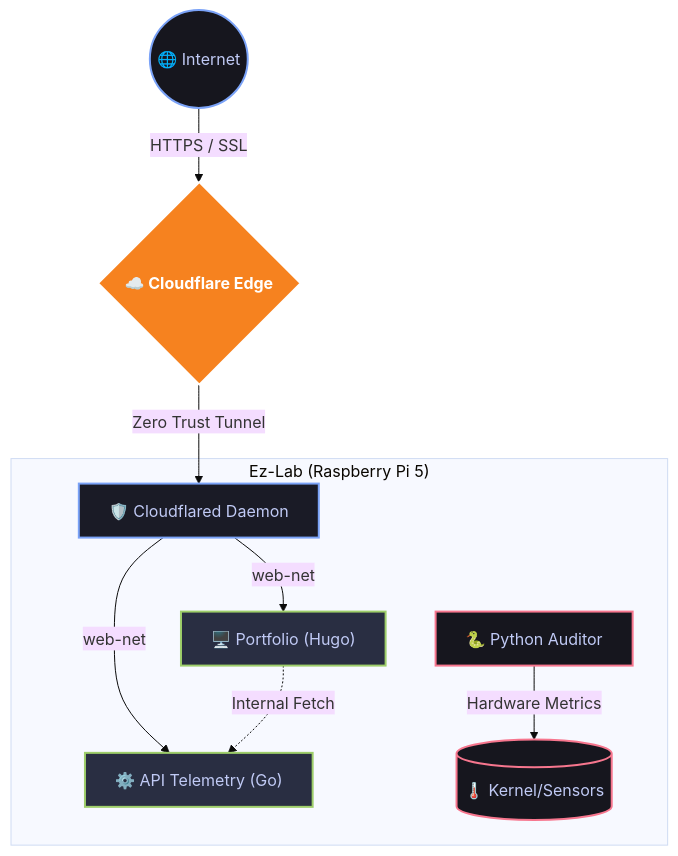
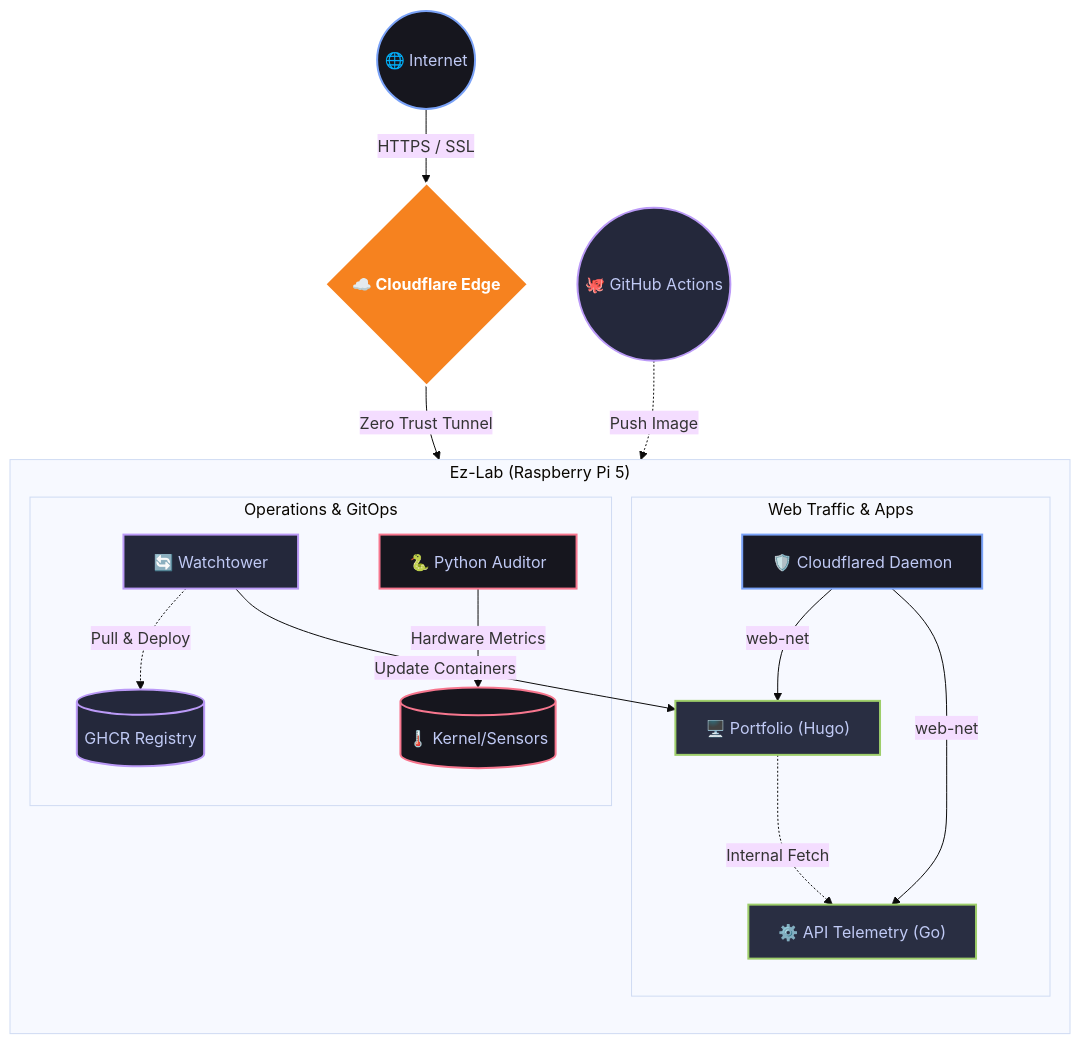
Before and after one commit to ezequieldlv/portfolio-sre: the diagram in frontend/content/projects.md, drawn with Mermaid (base theme). The commit also changed other lines of this file and 1 other file, not shown here.

Commit message:
chore: update resume and projects section

```diff
--- a/frontend/content/projects.md
+++ b/frontend/content/projects.md
@@ -95,21 +93,31 @@
 <pre class="mermaid">
 graph TD
     %% Definición de colores (Estilo Tokyo Night + Cloudflare)
     classDef user fill:#16161e,stroke:#7aa2f7,stroke-width:2px,color:#c0caf5
     classDef cf fill:#f6821f,stroke:#fff,stroke-width:2px,color:#fff,font-weight:bold
     classDef daemon fill:#1a1b26,stroke:#7aa2f7,stroke-width:2px,color:#c0caf5
     classDef app fill:#292e42,stroke:#9ece6a,stroke-width:2px,color:#c0caf5
     classDef hardware fill:#16161e,stroke:#f7768e,stroke-width:2px,color:#c0caf5
+    classDef cicd fill:#24283b,stroke:#bb9af7,stroke-width:2px,color:#c0caf5
 
     User((🌐 Internet)):::user -->|HTTPS / SSL| Cloudflare{☁️ Cloudflare Edge}:::cf
     Cloudflare -->|Zero Trust Tunnel| Cloudflared[🛡️ Cloudflared Daemon]:::daemon
     
+    GitHub((🐙 GitHub Actions)):::cicd -.->|Push Image| GHCR[(GHCR Registry)]:::cicd
+    
     subgraph "Ez-Lab (Raspberry Pi 5)"
-        Cloudflared -->|web-net| Frontend["🖥️ Portfolio (Hugo)"]:::app
-        Cloudflared -->|web-net| Backend["⚙️ API Telemetry (Go)"]:::app
+        direction TB
         
-        Frontend -.->|Internal Fetch| Backend
+        subgraph "Web Traffic & Apps"
+            Cloudflared -->|web-net| Frontend["🖥️ Portfolio (Hugo)"]:::app
+            Cloudflared -->|web-net| Backend["⚙️ API Telemetry (Go)"]:::app
+            Frontend -.->|Internal Fetch| Backend
+        end
         
-        Auditor["🐍 Python Auditor"]:::hardware -->|Hardware Metrics| OS[("🌡️ Kernel/Sensors")]:::hardware
+        subgraph "Operations & GitOps"
+            Watchtower["🔄 Watchtower"]:::cicd -.->|Pull & Deploy| GHCR
+            Watchtower -->|Update Containers| Frontend
+            Auditor["🐍 Python Auditor"]:::hardware -->|Hardware Metrics| OS[("🌡️ Kernel/Sensors")]:::hardware
+        end
     end
 </pre>
```
